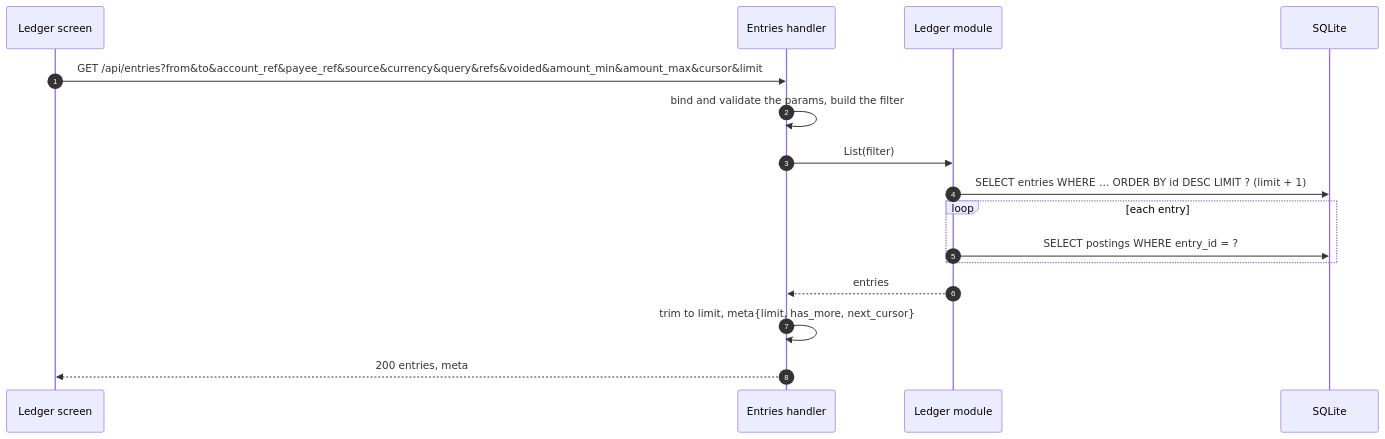
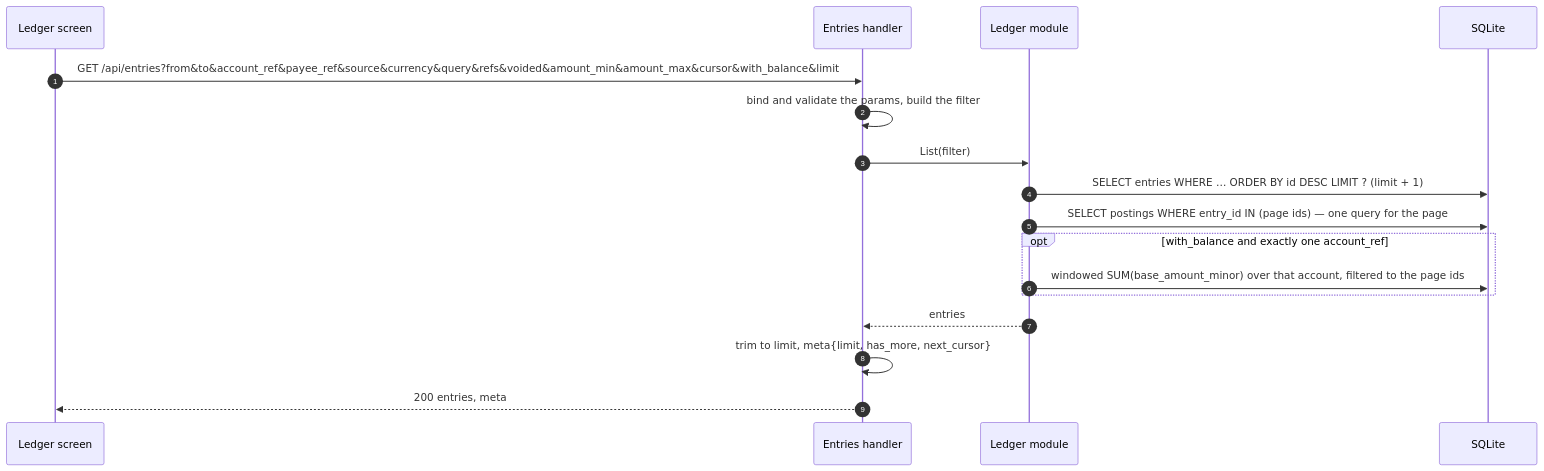
One commit to dimasbaguspm/spenicle changed the diagram in docs/endpoints/GET_api_entries.md. Above: the diagram before and after it, drawn with Mermaid. The commit also changed other lines of this file and 37 other files, not shown here.

````diff
--- a/docs/endpoints/GET_api_entries.md
+++ b/docs/endpoints/GET_api_entries.md
@@ -89,18 +100,19 @@
 ```mermaid
 sequenceDiagram
     autonumber
     participant UI as Ledger screen
     participant H as Entries handler
     participant L as Ledger module
     participant DB as SQLite
-    UI->>H: GET /api/entries?from&to&account_ref&payee_ref&source&currency&query&refs&voided&amount_min&amount_max&cursor&limit
+    UI->>H: GET /api/entries?from&to&account_ref&payee_ref&source&currency&query&refs&voided&amount_min&amount_max&cursor&with_balance&limit
     H->>H: bind and validate the params, build the filter
     H->>L: List(filter)
     L->>DB: SELECT entries WHERE … ORDER BY id DESC LIMIT ? (limit + 1)
-    loop each entry
-        L->>DB: SELECT postings WHERE entry_id = ?
+    L->>DB: SELECT postings WHERE entry_id IN (page ids) — one query for the page
+    opt with_balance and exactly one account_ref
+        L->>DB: windowed SUM(base_amount_minor) over that account, filtered to the page ids
     end
     L-->>H: entries
     H->>H: trim to limit, meta{limit, has_more, next_cursor}
     H-->>UI: 200 entries, meta
 ```
````
